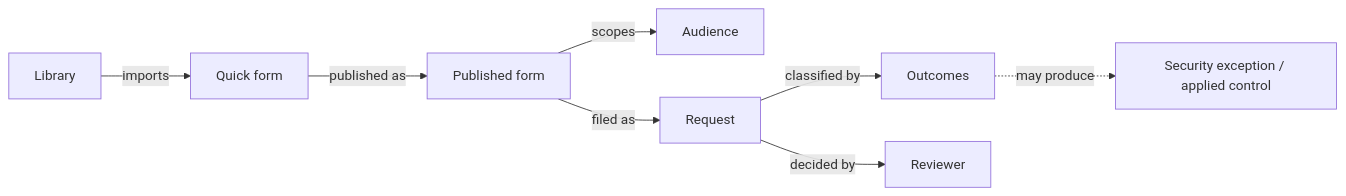
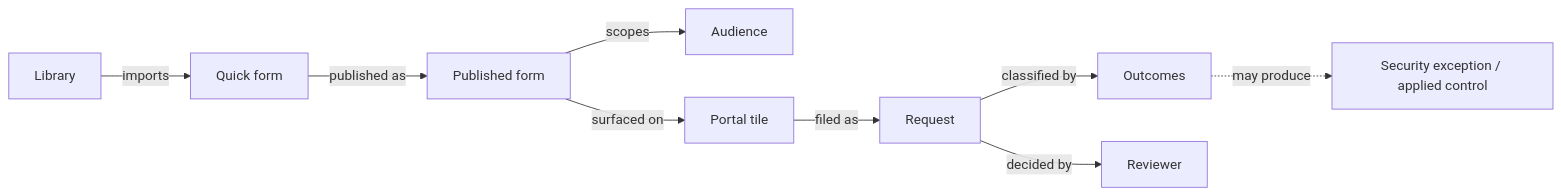
Before and after one commit to intuitem/ciso-assistant-community: the first of 2 diagrams in product-docs/concepts/quick-forms.md, drawn with Mermaid. The commit also changed other lines of this file and 5 other files, not shown here.

````diff
--- a/product-docs/concepts/quick-forms.md
+++ b/product-docs/concepts/quick-forms.md
@@ -19,10 +21,11 @@
 ```mermaid
 graph LR
   LIB[Library] -->|imports| QF[Quick form]
   QF -->|published as| PUB[Published form]
   PUB -->|scopes| AUD[Audience]
-  PUB -->|filed as| REQ[Request]
+  PUB -->|surfaced on| POR[Portal tile]
+  POR -->|filed as| REQ[Request]
   REQ -->|classified by| OUT[Outcomes]
   REQ -->|decided by| REV[Reviewer]
   OUT -.->|may produce| OBJ[Security exception / applied control]
 ```
````
